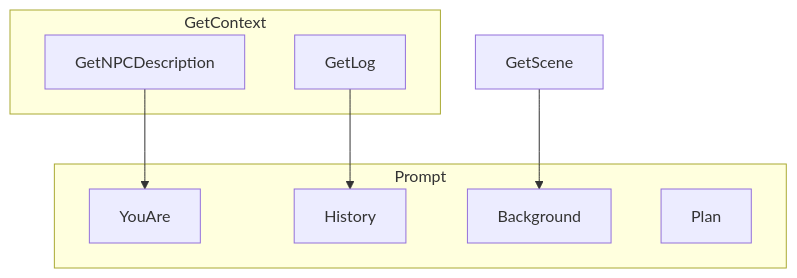
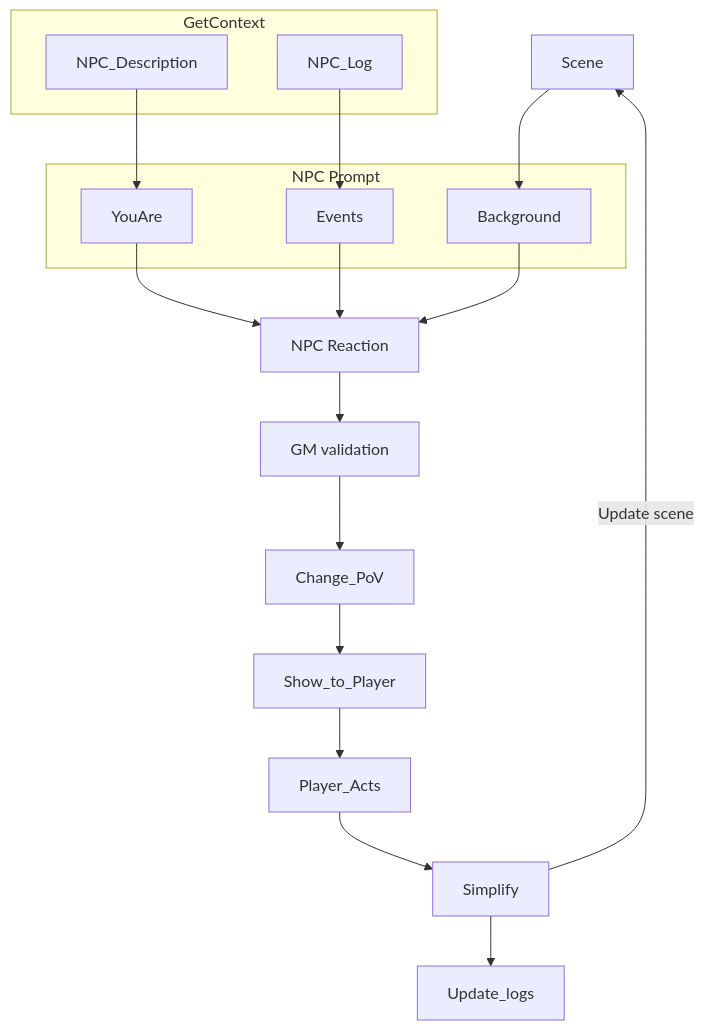
The diagram in npc/npc_logic.md (AlexeyNilov/gorpg), drawn with Mermaid before and after one commit. The commit also changed 6 other files, not shown here.

````diff
--- a/npc/npc_logic.md
+++ b/npc/npc_logic.md
@@ -1,21 +1,34 @@
 ```mermaid  
 flowchart TD
 
-Observe["GetScene"]
+Observe["Scene"]
 subgraph Orient["GetContext"]
-    GetNPCDescription
-    GetLog
+    NPC_Description
+    NPC_Log
 end
 
-subgraph Decide["Prompt"]
+subgraph Decide["NPC Prompt"]
     YouAre
     Background
-    History
-    Plan
+    Events
 end
 
+Reaction["NPC Reaction"]
+
 Observe --> Background
-GetNPCDescription --> YouAre
-GetLog --> History
+NPC_Description --> YouAre
+NPC_Log --> Events
+
+YouAre --> Reaction
+Background --> Reaction
+Events --> Reaction
+
+Reaction --> Validate["GM validation"]
+Validate --> Change_PoV
+Change_PoV --> Show_to_Player
+Show_to_Player --> Player_Acts
+Player_Acts --> Simplify
+Simplify --Update scene-->Observe
+Simplify --> Update_logs
 
 ```
````
